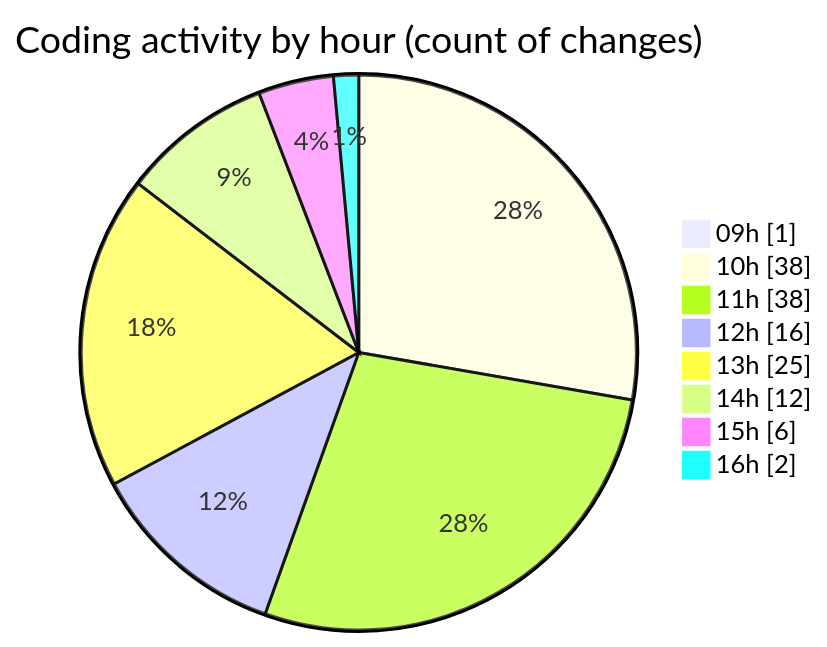
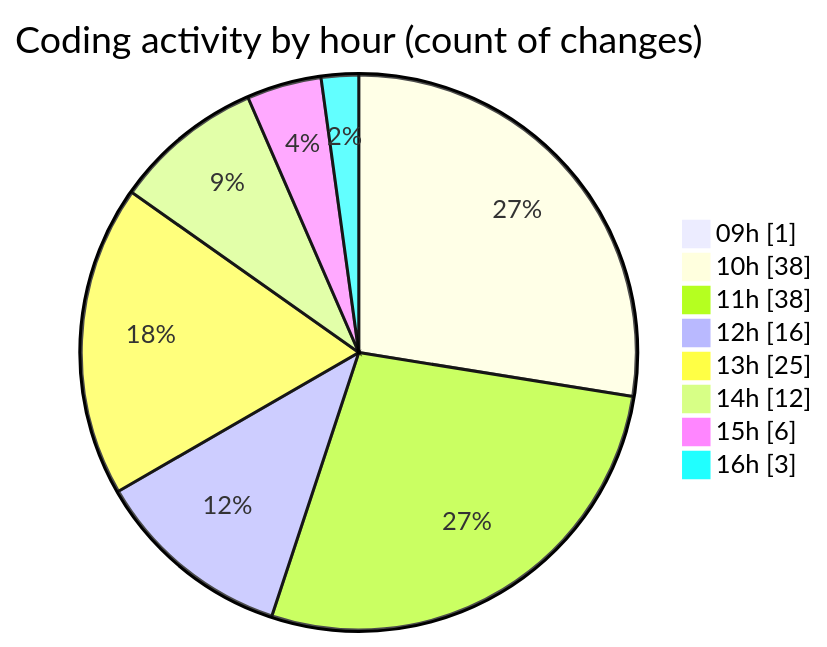
One commit to momahboobian/code-tracking changed the second of 2 diagrams in 2026-01-07/cda/README.md. Above: the diagram before and after it, drawn with Mermaid. The commit also changed other lines of this file and 1 other file, not shown here.

````diff
--- a/2026-01-07/cda/README.md
+++ b/2026-01-07/cda/README.md
@@ -59,12 +60,12 @@
 ```mermaid
 pie showData
 title Coding activity by hour (count of changes)
 "09h" : 1
 "10h" : 38
 "11h" : 38
 "12h" : 16
 "13h" : 25
 "14h" : 12
 "15h" : 6
-"16h" : 2
+"16h" : 3
 ```
````
